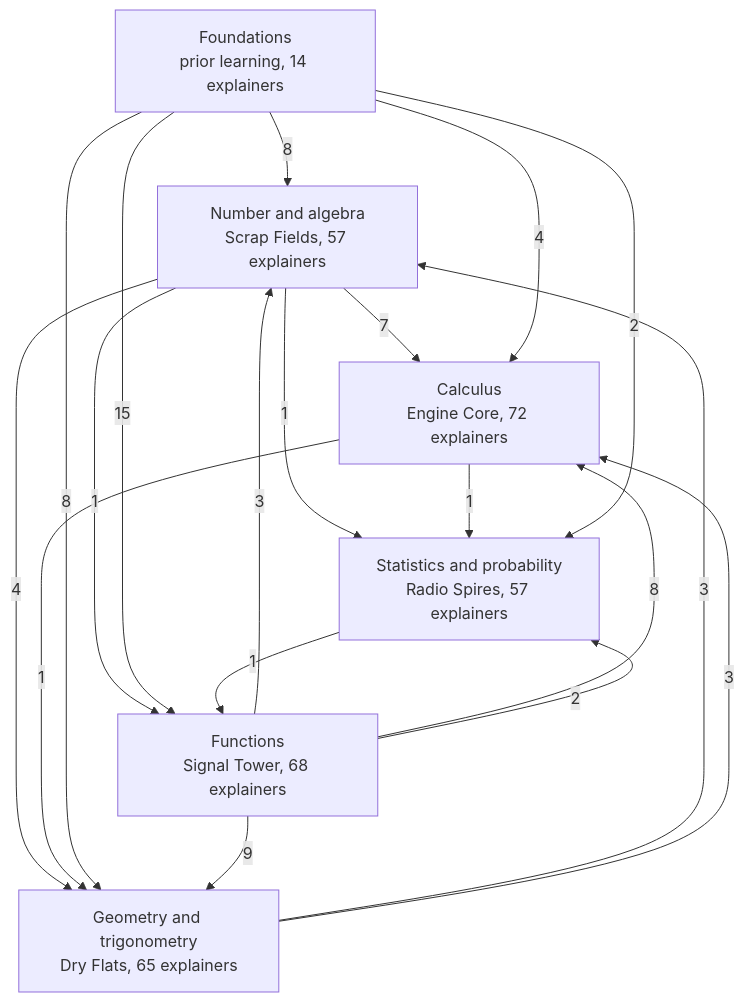
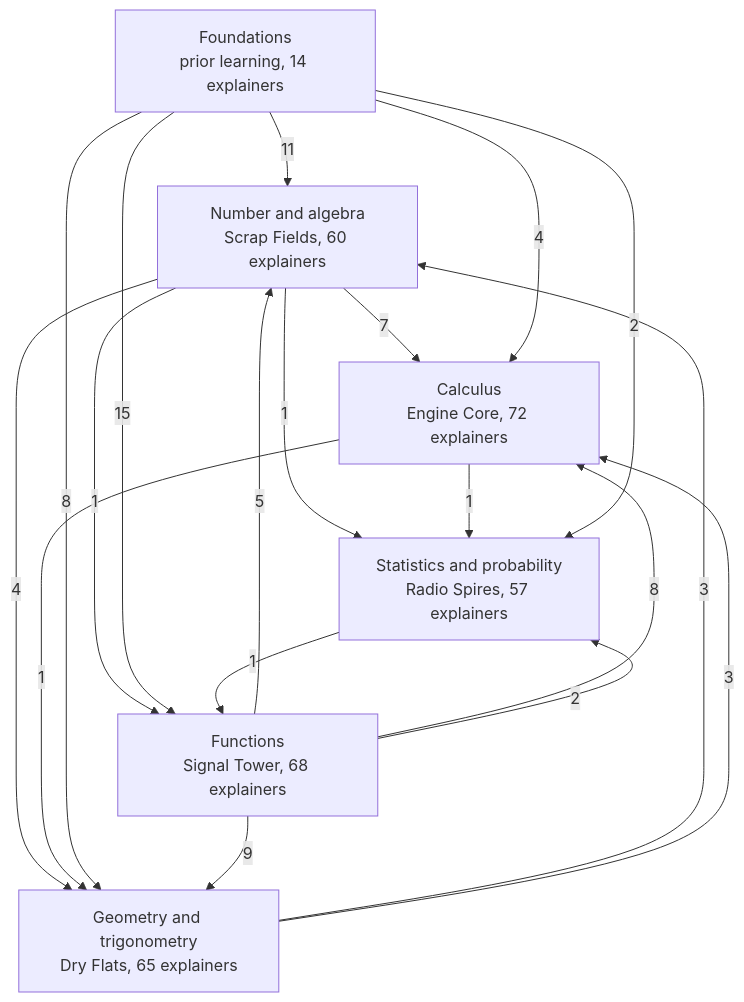
The second of 53 diagrams in curriculum/EXPLAINERS.md (RktRobinhood/wasteland-academy), drawn with Mermaid before and after one commit. The commit also changed other lines of this file and 11 other files, not shown here.

````diff
--- a/curriculum/EXPLAINERS.md
+++ b/curriculum/EXPLAINERS.md
@@ -71,27 +71,27 @@
 ```mermaid
 flowchart TD
   Z_foundations["Foundations<br/>prior learning, 14 explainers"]
-  Z_algebra["Number and algebra<br/>Scrap Fields, 57 explainers"]
+  Z_algebra["Number and algebra<br/>Scrap Fields, 60 explainers"]
   Z_functions["Functions<br/>Signal Tower, 68 explainers"]
   Z_geometry["Geometry and trigonometry<br/>Dry Flats, 65 explainers"]
   Z_stats["Statistics and probability<br/>Radio Spires, 57 explainers"]
   Z_calculus["Calculus<br/>Engine Core, 72 explainers"]
   Z_algebra -->|7| Z_calculus
   Z_algebra -->|1| Z_functions
   Z_algebra -->|4| Z_geometry
   Z_algebra -->|1| Z_stats
   Z_calculus -->|1| Z_geometry
   Z_calculus -->|1| Z_stats
-  Z_foundations -->|8| Z_algebra
+  Z_foundations -->|11| Z_algebra
   Z_foundations -->|4| Z_calculus
   Z_foundations -->|15| Z_functions
   Z_foundations -->|8| Z_geometry
   Z_foundations -->|2| Z_stats
-  Z_functions -->|3| Z_algebra
+  Z_functions -->|5| Z_algebra
   Z_functions -->|8| Z_calculus
   Z_functions -->|9| Z_geometry
   Z_functions -->|2| Z_stats
   Z_geometry -->|3| Z_algebra
   Z_geometry -->|3| Z_calculus
   Z_stats -->|1| Z_functions
 ```
````
